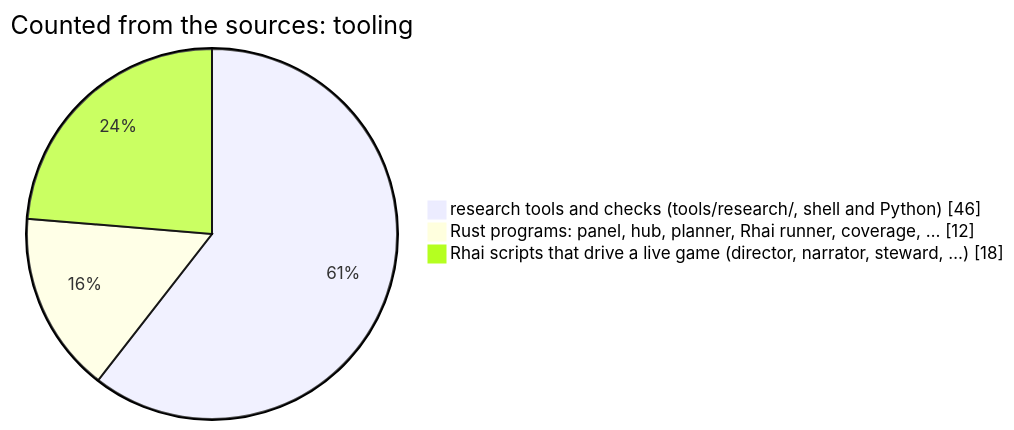
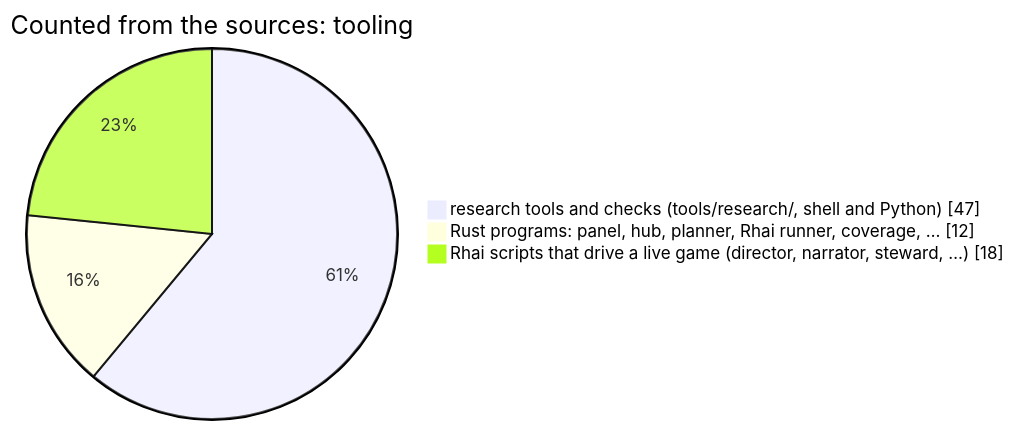
One commit to korczis/OpenTTD changed the fifth of 11 diagrams in README.md. Above: the diagram before and after it, drawn with Mermaid. The commit also changed other lines of this file and 4 other files, not shown here.

````diff
--- a/README.md
+++ b/README.md
@@ -662,6 +662,6 @@
 ```mermaid
 pie showData title Counted from the sources: tooling
-    "research tools and checks (tools/research/, shell and Python)" : 46
+    "research tools and checks (tools/research/, shell and Python)" : 47
     "Rust programs: panel, hub, planner, Rhai runner, coverage, …" : 12
     "Rhai scripts that drive a live game (director, narrator, steward, …)" : 18
 ```
````
